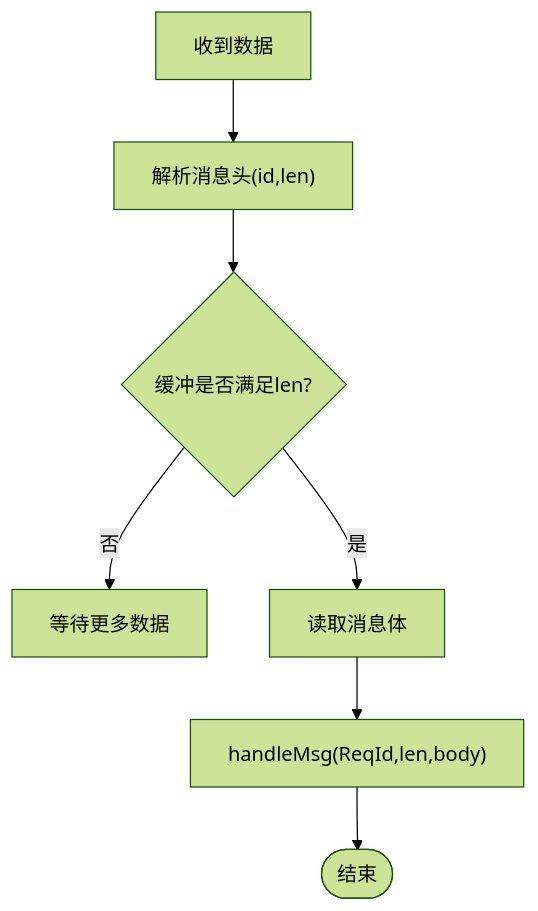
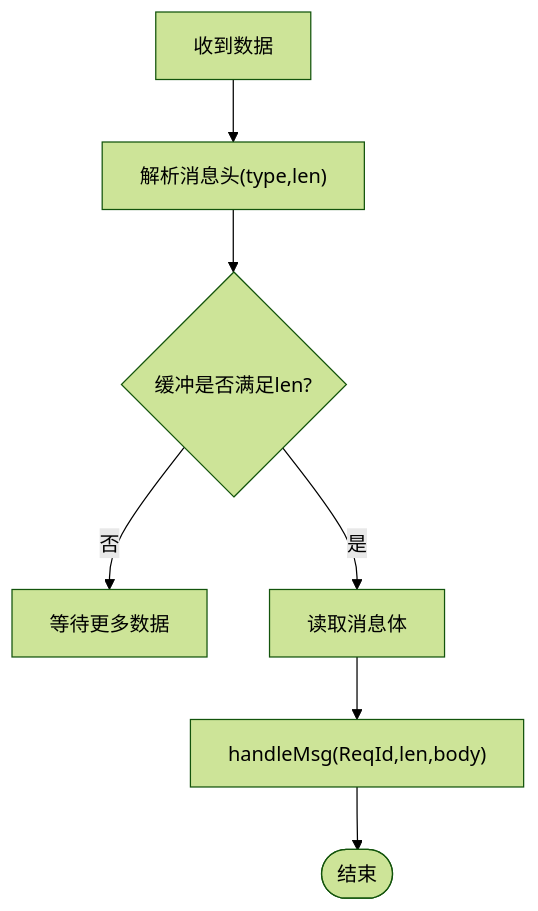
One commit to echo9923/mychatter changed diagram 11 of 14 in .qoder/repowiki/zh/content/核心功能模块/聊天消息系统/离线消息投递系统.md. Above: the diagram before and after it, drawn with Mermaid (forest theme). The commit also changed other lines of this file and 128 other files, not shown here.

````diff
--- a/.qoder/repowiki/zh/content/核心功能模块/聊天消息系统/离线消息投递系统.md
+++ b/.qoder/repowiki/zh/content/核心功能模块/聊天消息系统/离线消息投递系统.md
@@ -474,9 +474,9 @@
 ```mermaid
 flowchart TD
-OnRead["收到数据"] --> ParseHead["解析消息头(id,len)"]
+OnRead["收到数据"] --> ParseHead["解析消息头(type,len)"]
 ParseHead --> Enough{"缓冲是否满足len?"}
 Enough --> |否| WaitMore["等待更多数据"]
 Enough --> |是| ReadBody["读取消息体"]
 ReadBody --> Dispatch["handleMsg(ReqId,len,body)"]
 Dispatch --> End(["结束"])
 ```
````
